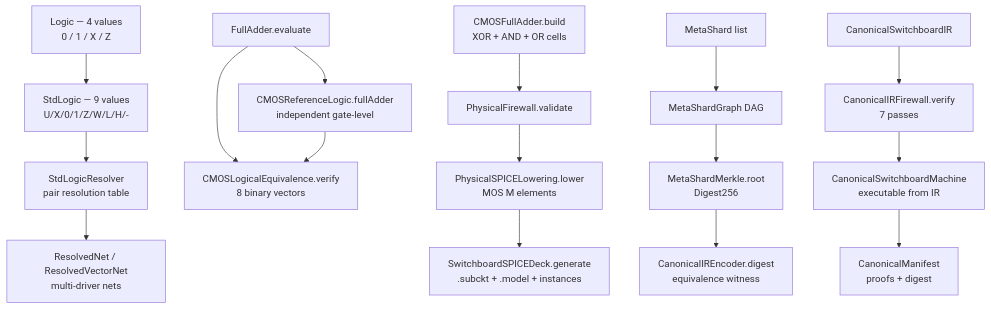
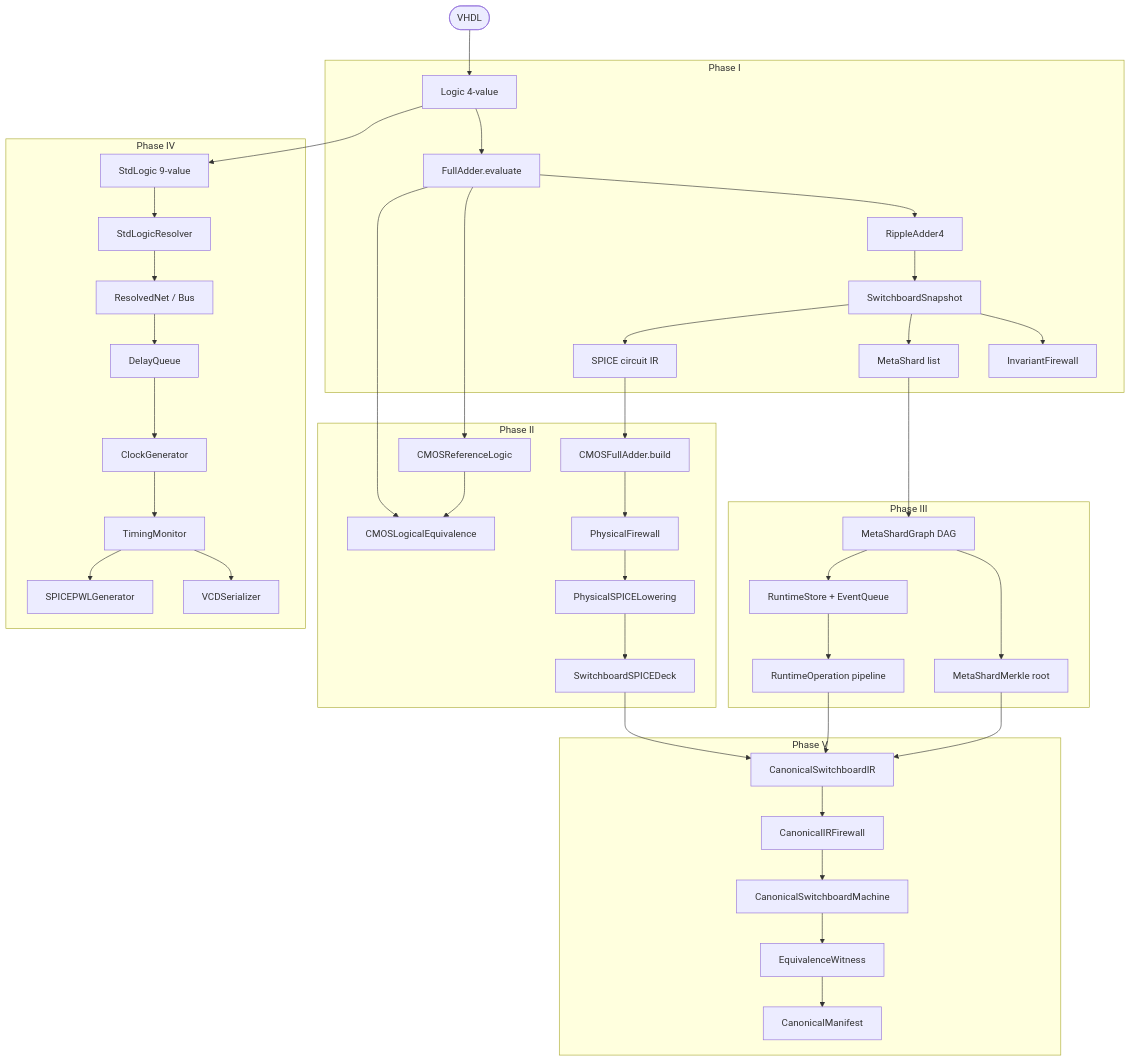
Before and after one commit to SNAPKITTYWEST/p4: diagram 11 of 15 in README.md, drawn with Mermaid. The commit also changed other lines of this file, not shown here.

First line of the commit message:
docs: fix broken Switchboard flowcharts and tighten section structure

````diff
--- a/README.md
+++ b/README.md
@@ -846,21 +790,50 @@
 ```mermaid
 flowchart TD
-    LOGIC[Logic — 4 values\n0 / 1 / X / Z] --> STD[StdLogic — 9 values\nU/X/0/1/Z/W/L/H/-]
-    STD --> RES[StdLogicResolver\npair resolution table]
-    RES --> NET[ResolvedNet / ResolvedVectorNet\nmulti-driver nets]
+    VHDL([VHDL]) --> LOGIC
 
-    FA[FullAdder.evaluate] --> REFA[CMOSReferenceLogic.fullAdder\nindependent gate-level]
-    FA & REFA --> EQ[CMOSLogicalEquivalence.verify\n8 binary vectors]
+    subgraph "Phase I"
+        LOGIC[Logic 4-value] --> FA[FullAdder.evaluate]
+        FA --> RIPPLE[RippleAdder4]
+        RIPPLE --> SNAP[SwitchboardSnapshot]
+        SNAP --> FW1[InvariantFirewall]
+        SNAP --> SHARD[MetaShard list]
+        SNAP --> SPICEIR[SPICE circuit IR]
+    end
 
-    CELL[CMOSFullAdder.build\nXOR + AND + OR cells] --> FW[PhysicalFirewall.validate]
-    FW --> SPICE[PhysicalSPICELowering.lower\nMOS M elements]
-    SPICE --> DECK[SwitchboardSPICEDeck.generate\n.subckt + .model + instances]
+    subgraph "Phase II"
+        SPICEIR --> CMOS[CMOSFullAdder.build]
+        FA --> CMOSREF[CMOSReferenceLogic]
+        CMOS --> PFW[PhysicalFirewall]
+        PFW --> LOW[PhysicalSPICELowering]
+        LOW --> DECK[SwitchboardSPICEDeck]
+        FA & CMOSREF --> EQ[CMOSLogicalEquivalence]
+    end
 
-    SHARD[MetaShard list] --> GRAPH[MetaShardGraph DAG]
-    GRAPH --> MERKLE[MetaShardMerkle.root\nDigest256]
-    MERKLE --> ENC[CanonicalIREncoder.digest\nequivalence witness]
+    subgraph "Phase III"
+        SHARD --> GRAPH[MetaShardGraph DAG]
+        GRAPH --> MERKLE[MetaShardMerkle root]
+        GRAPH --> STORE[RuntimeStore + EventQueue]
+        STORE --> OPS[RuntimeOperation pipeline]
+    end
 
-    IR[CanonicalSwitchboardIR] --> FW5[CanonicalIRFirewall.verify\n7 passes]
-    FW5 --> MACHINE[CanonicalSwitchboardMachine\nexecutable from IR]
-    MACHINE --> MANIFEST[CanonicalManifest\nproofs + digest]
+    subgraph "Phase IV"
+        LOGIC --> STD[StdLogic 9-value]
+        STD --> RES[StdLogicResolver]
+        RES --> NETS[ResolvedNet / Bus]
+        NETS --> DQ[DelayQueue]
+        DQ --> CLK[ClockGenerator]
+        CLK --> TM[TimingMonitor]
+        TM --> VCD[VCDSerializer]
+        TM --> PWL[SPICEPWLGenerator]
+    end
+
+    subgraph "Phase V"
+        OPS --> IR[CanonicalSwitchboardIR]
+        DECK --> IR
+        MERKLE --> IR
+        IR --> IRFW[CanonicalIRFirewall]
+        IRFW --> CMACH[CanonicalSwitchboardMachine]
+        CMACH --> WIT[EquivalenceWitness]
+        WIT --> MANIFEST[CanonicalManifest]
+    end
 ```
````
